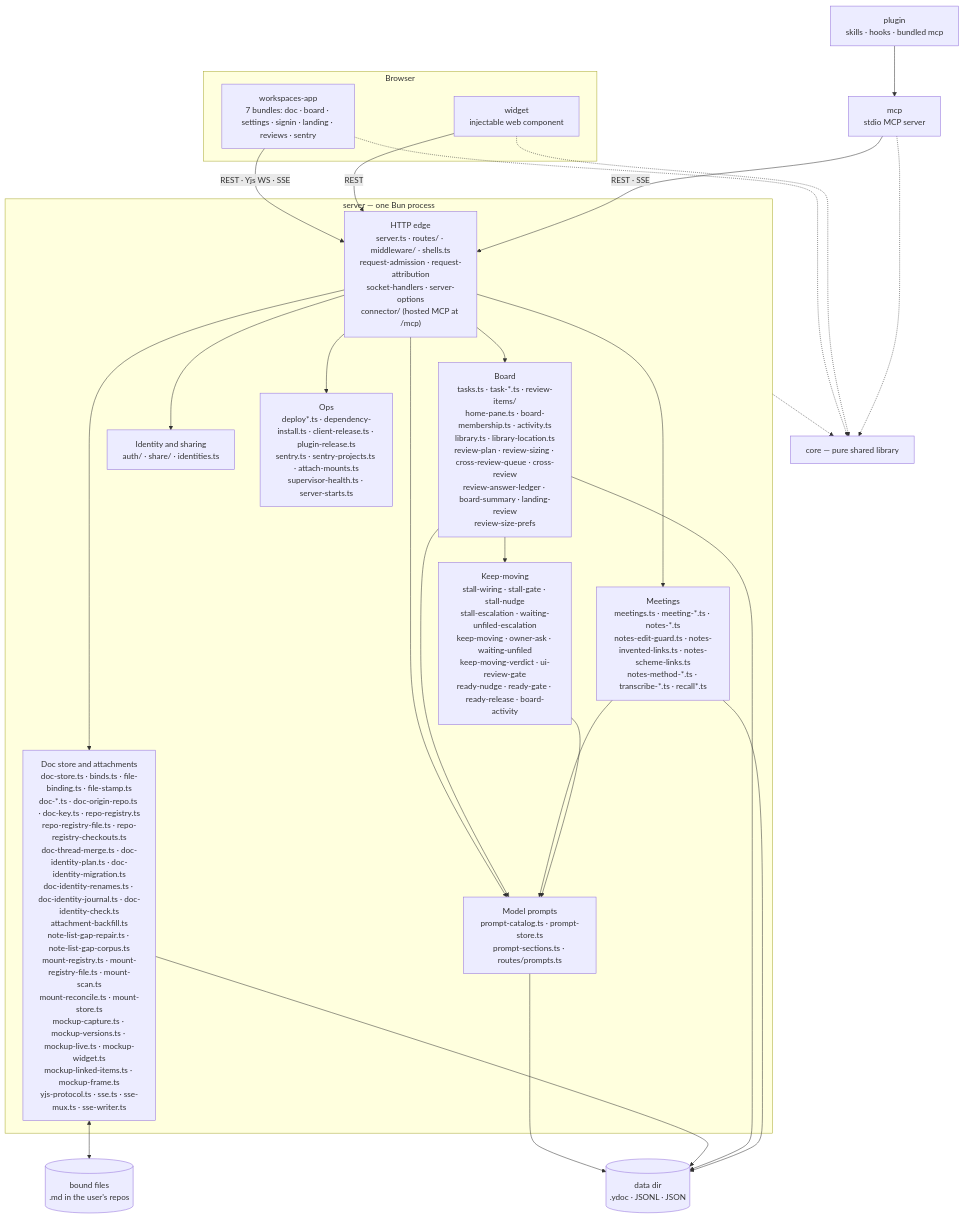
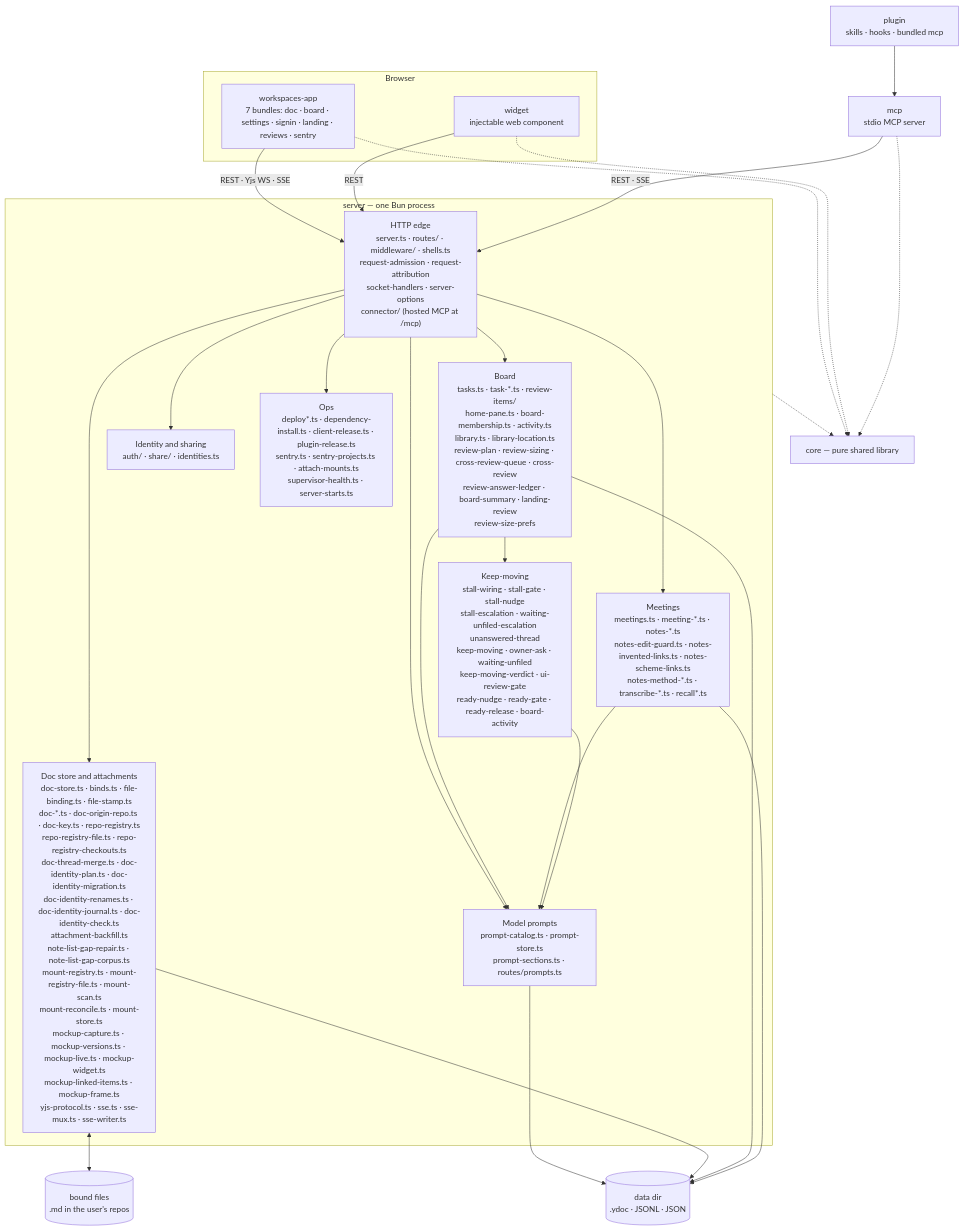
Before and after one commit to fryanpan/claude-workspaces-plugin: the first of 2 diagrams in docs/architecture/overview.md, drawn with Mermaid. The commit also changed other lines of this file and 11 other files, not shown here.

````diff
--- a/docs/architecture/overview.md
+++ b/docs/architecture/overview.md
@@ -45,35 +45,35 @@
 ```mermaid
 flowchart TB
   subgraph browser[Browser]
     app["workspaces-app<br/>7 bundles: doc · board · settings · signin · landing · reviews · sentry"]
     wid["widget<br/>injectable web component"]
   end
   plug["plugin<br/>skills · hooks · bundled mcp"]
   mcp["mcp<br/>stdio MCP server"]
   subgraph srv["server — one Bun process"]
     edge["HTTP edge<br/>server.ts · routes/ · middleware/ · shells.ts<br/>request-admission · request-attribution<br/>socket-handlers · server-options<br/>connector/ (hosted MCP at /mcp)"]
     docs["Doc store and attachments<br/>doc-store.ts · binds.ts · file-binding.ts · file-stamp.ts<br/>doc-*.ts · doc-origin-repo.ts · doc-key.ts · repo-registry.ts<br/>repo-registry-file.ts · repo-registry-checkouts.ts<br/>doc-thread-merge.ts · doc-identity-plan.ts · doc-identity-migration.ts<br/>doc-identity-renames.ts · doc-identity-journal.ts · doc-identity-check.ts<br/>attachment-backfill.ts<br/>note-list-gap-repair.ts · note-list-gap-corpus.ts<br/>mount-registry.ts · mount-registry-file.ts · mount-scan.ts<br/>mount-reconcile.ts · mount-store.ts<br/>mockup-capture.ts · mockup-versions.ts · mockup-live.ts · mockup-widget.ts<br/>mockup-linked-items.ts · mockup-frame.ts<br/>yjs-protocol.ts · sse.ts · sse-mux.ts · sse-writer.ts"]
     board["Board<br/>tasks.ts · task-*.ts · review-items/<br/>home-pane.ts · board-membership.ts · activity.ts<br/>library.ts · library-location.ts<br/>review-plan · review-sizing · cross-review-queue · cross-review<br/>review-answer-ledger · board-summary · landing-review<br/>review-size-prefs"]
     meet["Meetings<br/>meetings.ts · meeting-*.ts · notes-*.ts<br/>notes-edit-guard.ts · notes-invented-links.ts · notes-scheme-links.ts<br/>notes-method-*.ts · transcribe-*.ts · recall*.ts"]
-    keep["Keep-moving<br/>stall-wiring · stall-gate · stall-nudge<br/>stall-escalation · waiting-unfiled-escalation<br/>keep-moving · owner-ask · waiting-unfiled<br/>keep-moving-verdict · ui-review-gate<br/>ready-nudge · ready-gate · ready-release · board-activity"]
+    keep["Keep-moving<br/>stall-wiring · stall-gate · stall-nudge<br/>stall-escalation · waiting-unfiled-escalation<br/>unanswered-thread<br/>keep-moving · owner-ask · waiting-unfiled<br/>keep-moving-verdict · ui-review-gate<br/>ready-nudge · ready-gate · ready-release · board-activity"]
     ident["Identity and sharing<br/>auth/ · share/ · identities.ts"]
     prompts["Model prompts<br/>prompt-catalog.ts · prompt-store.ts<br/>prompt-sections.ts · routes/prompts.ts"]
     ops["Ops<br/>deploy*.ts · dependency-install.ts · client-release.ts · plugin-release.ts<br/>sentry.ts · sentry-projects.ts · attach-mounts.ts<br/>supervisor-health.ts · server-starts.ts"]
   end
   core["core — pure shared library"]
   disk[("data dir<br/>.ydoc · JSONL · JSON")]
   files[("bound files<br/>.md in the user's repos")]
 
   app -->|"REST · Yjs WS · SSE"| edge
   wid -->|REST| edge
   plug --> mcp
   mcp -->|"REST · SSE"| edge
   edge --> docs & board & meet & ident & ops & prompts
   board & meet & keep --> prompts
   prompts --> disk
   board --> keep
   docs <--> files
   docs & board & meet --> disk
   app & wid & mcp -.-> core
   srv -.-> core
 ```
````
